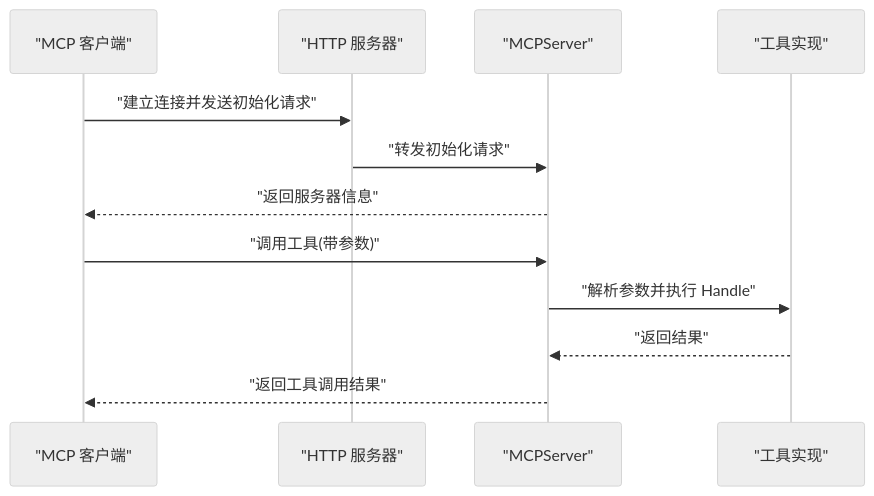
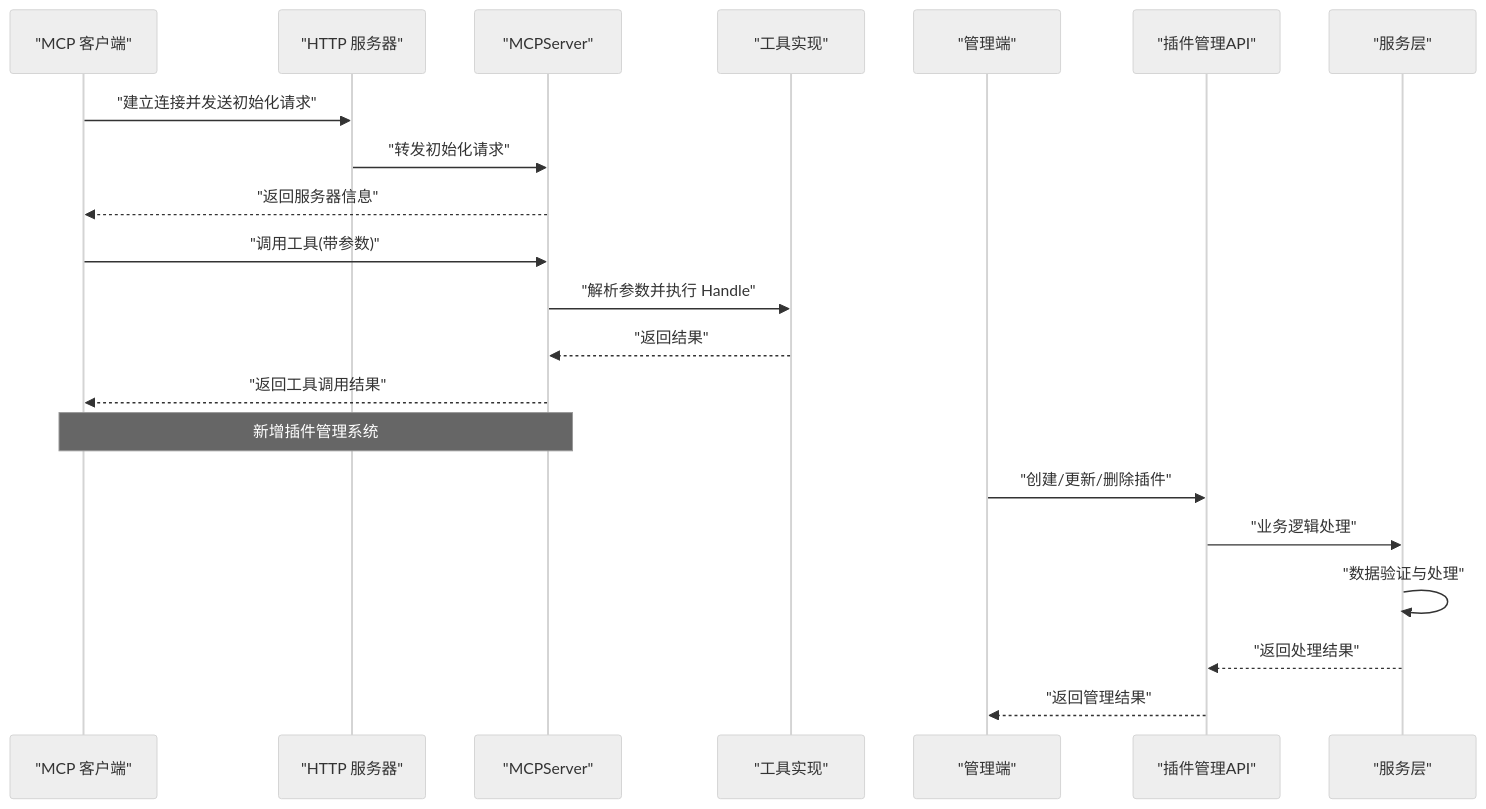
One commit to Xiaomajohn/gin-vue-admin-myself changed the second of 11 diagrams in .qoder/repowiki/zh/content/插件系统架构/插件系统架构.md. Above: the diagram before and after it, drawn with Mermaid (neutral theme). The commit also changed other lines of this file and 5 other files, not shown here.

````diff
--- a/.qoder/repowiki/zh/content/插件系统架构/插件系统架构.md
+++ b/.qoder/repowiki/zh/content/插件系统架构/插件系统架构.md
@@ -120,14 +160,23 @@
 ```mermaid
 sequenceDiagram
 participant Client as "MCP 客户端"
 participant HTTP as "HTTP 服务器"
 participant Server as "MCPServer"
 participant Tool as "工具实现"
 Client->>HTTP : "建立连接并发送初始化请求"
 HTTP->>Server : "转发初始化请求"
 Server-->>Client : "返回服务器信息"
 Client->>Server : "调用工具(带参数)"
 Server->>Tool : "解析参数并执行 Handle"
 Tool-->>Server : "返回结果"
 Server-->>Client : "返回工具调用结果"
+Note over Client,Server : 新增插件管理系统
+participant Admin as "管理端"
+participant API as "插件管理API"
+participant Service as "服务层"
+Admin->>API : "创建/更新/删除插件"
+API->>Service : "业务逻辑处理"
+Service->>Service : "数据验证与处理"
+Service-->>API : "返回处理结果"
+API-->>Admin : "返回管理结果"
 ```
````
